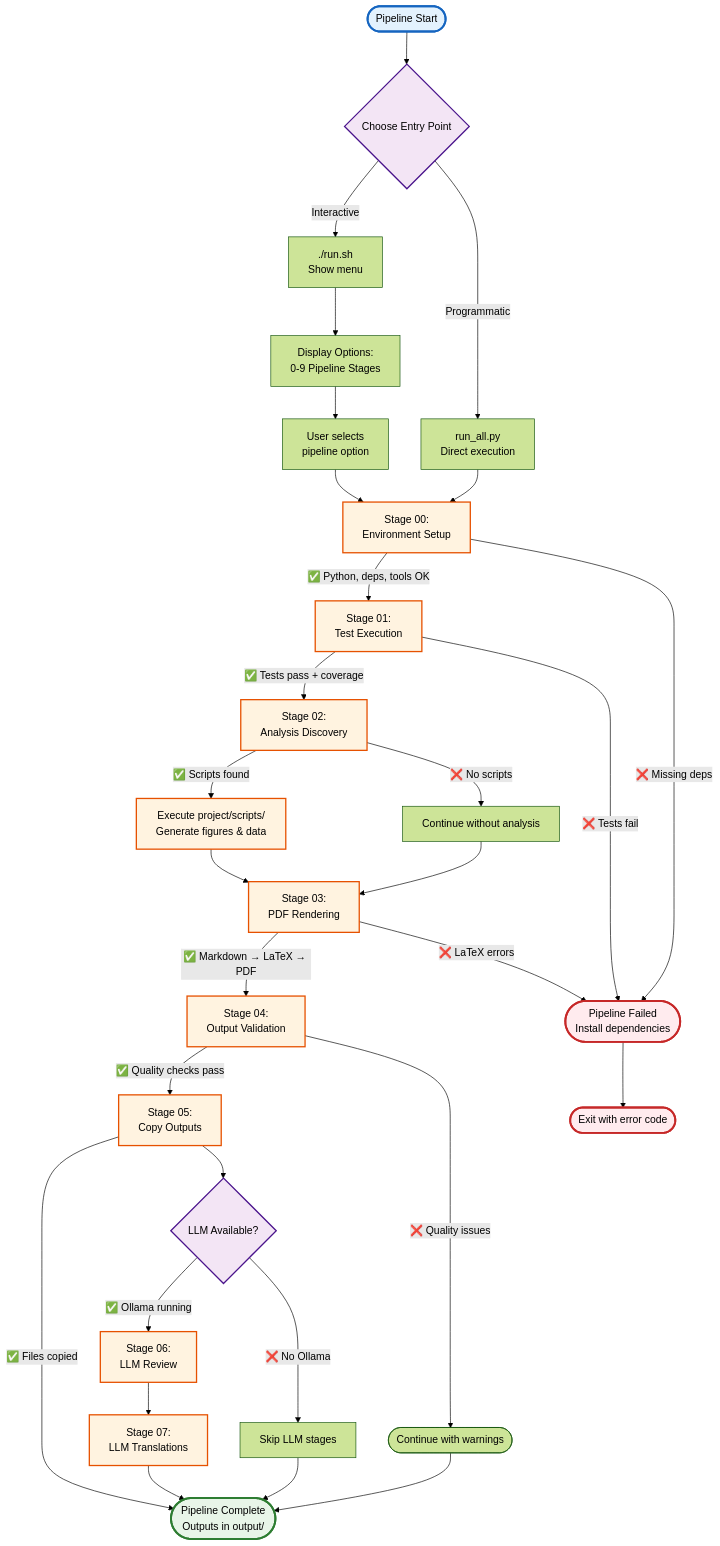
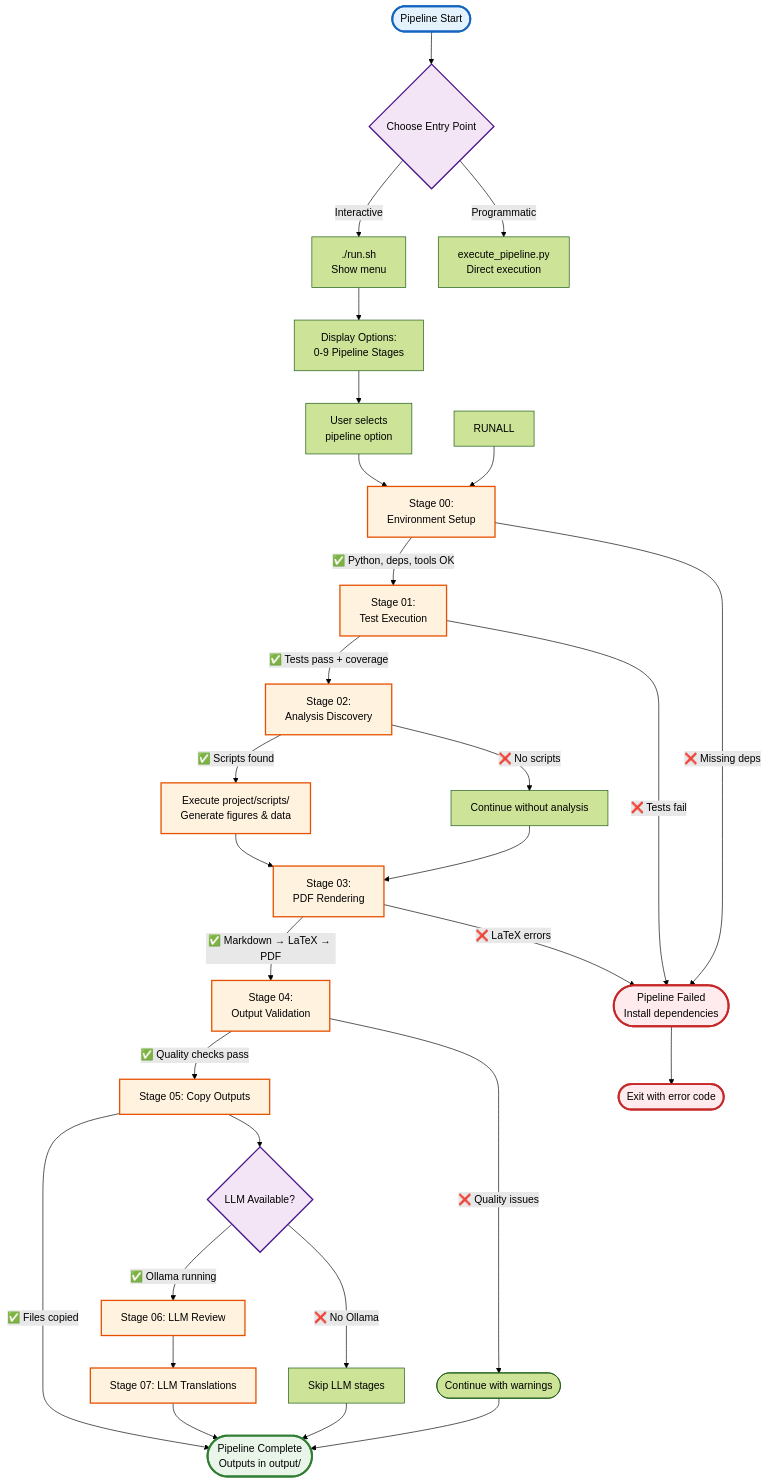
One commit to docxology/template changed the second of 3 diagrams in scripts/README.md. Above: the diagram before and after it, drawn with Mermaid (forest theme). The commit also changed other lines of this file and 766 other files, not shown here.

````diff
--- a/scripts/README.md
+++ b/scripts/README.md
@@ -347,56 +345,56 @@
 ```mermaid
 flowchart TD
     START([Pipeline Start]) --> ENTRY{Choose Entry Point}
 
     ENTRY -->|Interactive| RUNSH[./run.sh<br/>Show menu]
-    ENTRY -->|Programmatic| RUNALL[run_all.py<br/>Direct execution]
+    ENTRY -->|Programmatic| EXECPIPE[execute_pipeline.py<br/>Direct execution]
 
     RUNSH --> MENU[Display Options:<br/>0-9 Pipeline Stages]
     MENU --> CHOICE[User selects<br/>pipeline option]
     CHOICE --> SETUP
 
     RUNALL --> SETUP[Stage 00:<br/>Environment Setup]
 
     SETUP -->|✅ Python, deps, tools OK| TESTS[Stage 01:<br/>Test Execution]
     SETUP -->|❌ Missing deps| FAIL([Pipeline Failed<br/>Install dependencies])
 
     TESTS -->|✅ Tests pass + coverage| ANALYSIS[Stage 02:<br/>Analysis Discovery]
     TESTS -->|❌ Tests fail| FAIL
 
     ANALYSIS -->|✅ Scripts found| EXECUTE_SCRIPTS[Execute project/scripts/<br/>Generate figures & data]
     ANALYSIS -->|❌ No scripts| SKIP_SCRIPTS[Continue without analysis]
 
     EXECUTE_SCRIPTS --> RENDER[Stage 03:<br/>PDF Rendering]
     SKIP_SCRIPTS --> RENDER
 
     RENDER -->|✅ Markdown → LaTeX → PDF| VALIDATE[Stage 04:<br/>Output Validation]
     RENDER -->|❌ LaTeX errors| FAIL
 
-    VALIDATE -->|✅ Quality checks pass| COPY[Stage 05:<br/>Copy Outputs]
+    VALIDATE -->|✅ Quality checks pass| COPY[Stage 05: Copy Outputs]
     VALIDATE -->|❌ Quality issues| WARN([Continue with warnings])
 
     COPY -->|✅ Files copied| SUCCESS([Pipeline Complete<br/>Outputs in output/])
     WARN --> SUCCESS
 
     COPY --> LLM{LLM Available?}
-    LLM -->|✅ Ollama running| LLM_REVIEW[Stage 06:<br/>LLM Review]
+    LLM -->|✅ Ollama running| LLM_REVIEW[Stage 06: LLM Review]
     LLM -->|❌ No Ollama| SKIP_LLM[Skip LLM stages]
 
-    LLM_REVIEW --> LLM_TRANSLATE[Stage 07:<br/>LLM Translations]
+    LLM_REVIEW --> LLM_TRANSLATE[Stage 07: LLM Translations]
     LLM_TRANSLATE --> SUCCESS
     SKIP_LLM --> SUCCESS
 
     FAIL --> END([Exit with error code])
 
     classDef start fill:#e3f2fd,stroke:#1565c0,stroke-width:3px
     classDef success fill:#e8f5e8,stroke:#2e7d32,stroke-width:3px
     classDef failure fill:#ffebee,stroke:#c62828,stroke-width:3px
     classDef process fill:#fff3e0,stroke:#e65100,stroke-width:2px
     classDef decision fill:#f3e5f5,stroke:#4a148c,stroke-width:2px
 
     class START start
     class SUCCESS success
     class FAIL,END failure
     class SETUP,TESTS,ANALYSIS,EXECUTE_SCRIPTS,RENDER,VALIDATE,COPY,LLM_REVIEW,LLM_TRANSLATE process
     class ENTRY,LLM decision
 ```
````
